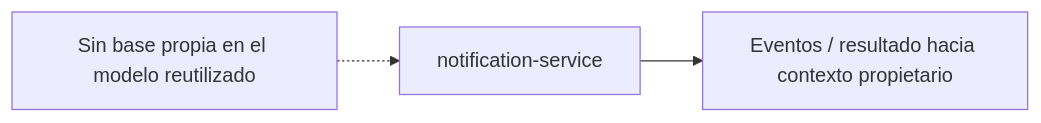
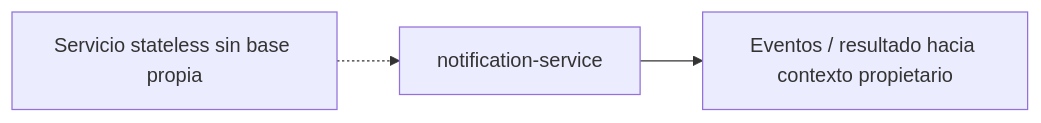
One commit to upc-pre-202620-si728-16365-thropic/talki-project-report changed the diagram in assets/diagrams/tactical/10-notifications-database.mmd. Above: the diagram before and after it, drawn with Mermaid. The commit also changed 6 other files, not shown here.

```diff
--- a/assets/diagrams/tactical/10-notifications-database.mmd
+++ b/assets/diagrams/tactical/10-notifications-database.mmd
@@ -1,3 +1,3 @@
 flowchart LR
   service["notification-service"] --> output["Eventos / resultado hacia contexto propietario"]
-  note["Sin base propia en el modelo reutilizado"] -.-> service
+  note["Servicio stateless sin base propia"] -.-> service
```
